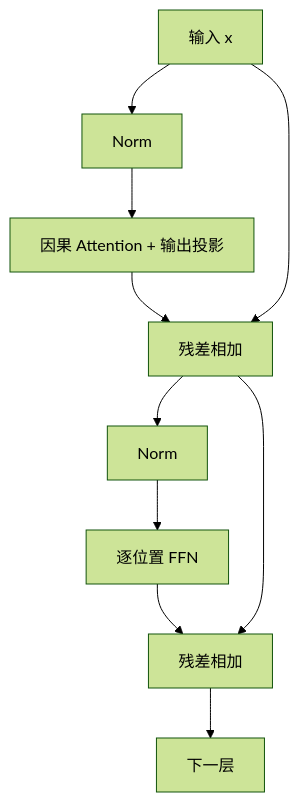
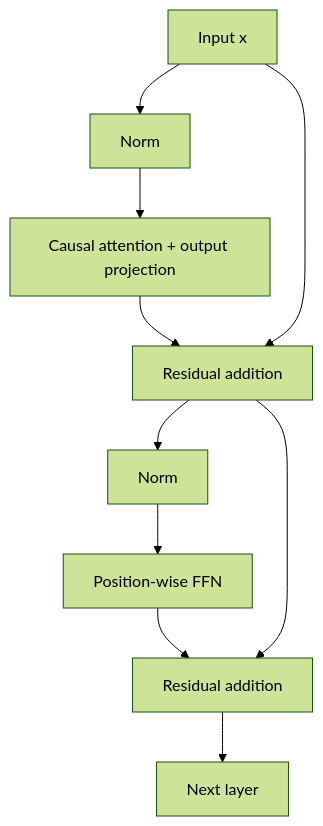
One commit to oneleaveknowsthefall/awesome-ai-roadmap changed the second of 2 diagrams in docs/llm/01-foundations/02-transformer-architecture.md. Above: the diagram before and after it, drawn with Mermaid (forest theme). The commit also changed other lines of this file and 92 other files, not shown here.

````diff
--- a/docs/llm/01-foundations/02-transformer-architecture.md
+++ b/docs/llm/01-foundations/02-transformer-architecture.md
@@ -93,12 +95,12 @@
 ```mermaid
 flowchart TB
-    X["输入 x"] --> N1["Norm"]
-    N1 --> A["因果 Attention + 输出投影"]
-    A --> ADD1["残差相加"]
+    X["Input x"] --> N1["Norm"]
+    N1 --> A["Causal attention + output projection"]
+    A --> ADD1["Residual addition"]
     X --> ADD1
     ADD1 --> N2["Norm"]
-    N2 --> F["逐位置 FFN"]
-    F --> ADD2["残差相加"]
+    N2 --> F["Position-wise FFN"]
+    F --> ADD2["Residual addition"]
     ADD1 --> ADD2
-    ADD2 --> Y["下一层"]
+    ADD2 --> Y["Next layer"]
 ```
````
